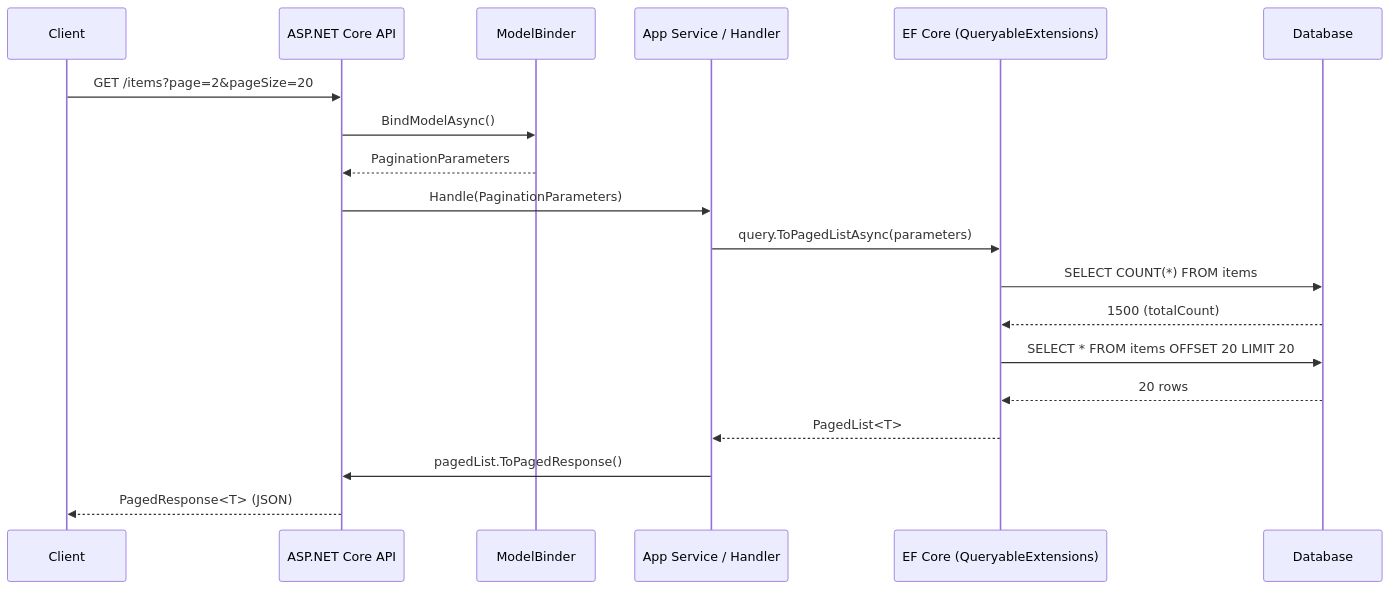
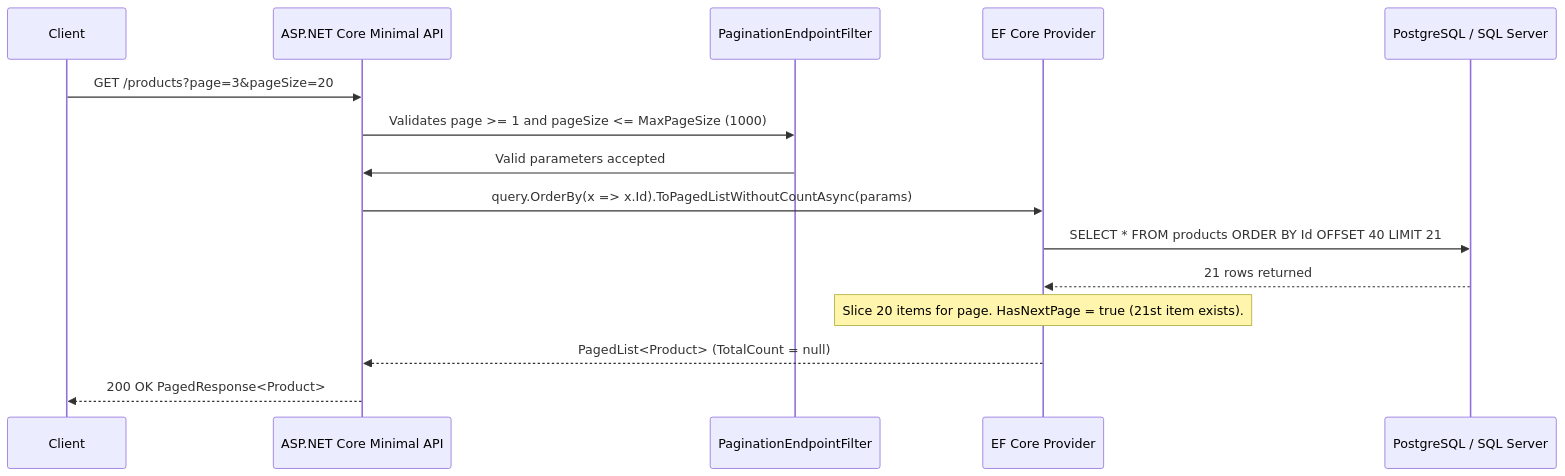
One commit to ericksonlopezf/dotnet-pagination changed the fifth of 6 diagrams in docs/architecture.md. Above: the diagram before and after it, drawn with Mermaid. The commit also changed other lines of this file and 407 other files, not shown here.

````diff
--- a/docs/architecture.md
+++ b/docs/architecture.md
@@ -81,25 +220,18 @@
 ```mermaid
 sequenceDiagram
     participant Client
-    participant API as ASP.NET Core API
-    participant Binder as ModelBinder
-    participant Handler as App Service / Handler
-    participant EF as EF Core (QueryableExtensions)
-    participant DB as Database
+    participant API as ASP.NET Core Minimal API
+    participant Filter as PaginationEndpointFilter
+    participant EF as EF Core Provider
+    participant DB as PostgreSQL / SQL Server
 
-    Client->>API: GET /items?page=2&pageSize=20
-    API->>Binder: BindModelAsync()
-    Binder-->>API: PaginationParameters
-    API->>Handler: Handle(PaginationParameters)
-    Handler->>EF: query.ToPagedListAsync(parameters)
-    
-    EF->>DB: SELECT COUNT(*) FROM items
-    DB-->>EF: 1500 (totalCount)
-    
-    EF->>DB: SELECT * FROM items OFFSET 20 LIMIT 20
-    DB-->>EF: 20 rows
-    
-    EF-->>Handler: PagedList<T>
-    Handler->>API: pagedList.ToPagedResponse()
-    API-->>Client: PagedResponse<T> (JSON)
+    Client->>API: GET /products?page=3&pageSize=20
+    API->>Filter: Validates page >= 1 and pageSize <= MaxPageSize (1000)
+    Filter->>API: Valid parameters accepted
+    API->>EF: query.OrderBy(x => x.Id).ToPagedListWithoutCountAsync(params)
+    EF->>DB: SELECT * FROM products ORDER BY Id OFFSET 40 LIMIT 21
+    DB-->>EF: 21 rows returned
+    Note over EF: Slice 20 items for page. HasNextPage = true (21st item exists).
+    EF-->>API: PagedList<Product> (TotalCount = null)
+    API-->>Client: 200 OK PagedResponse<Product>
 ```
````
